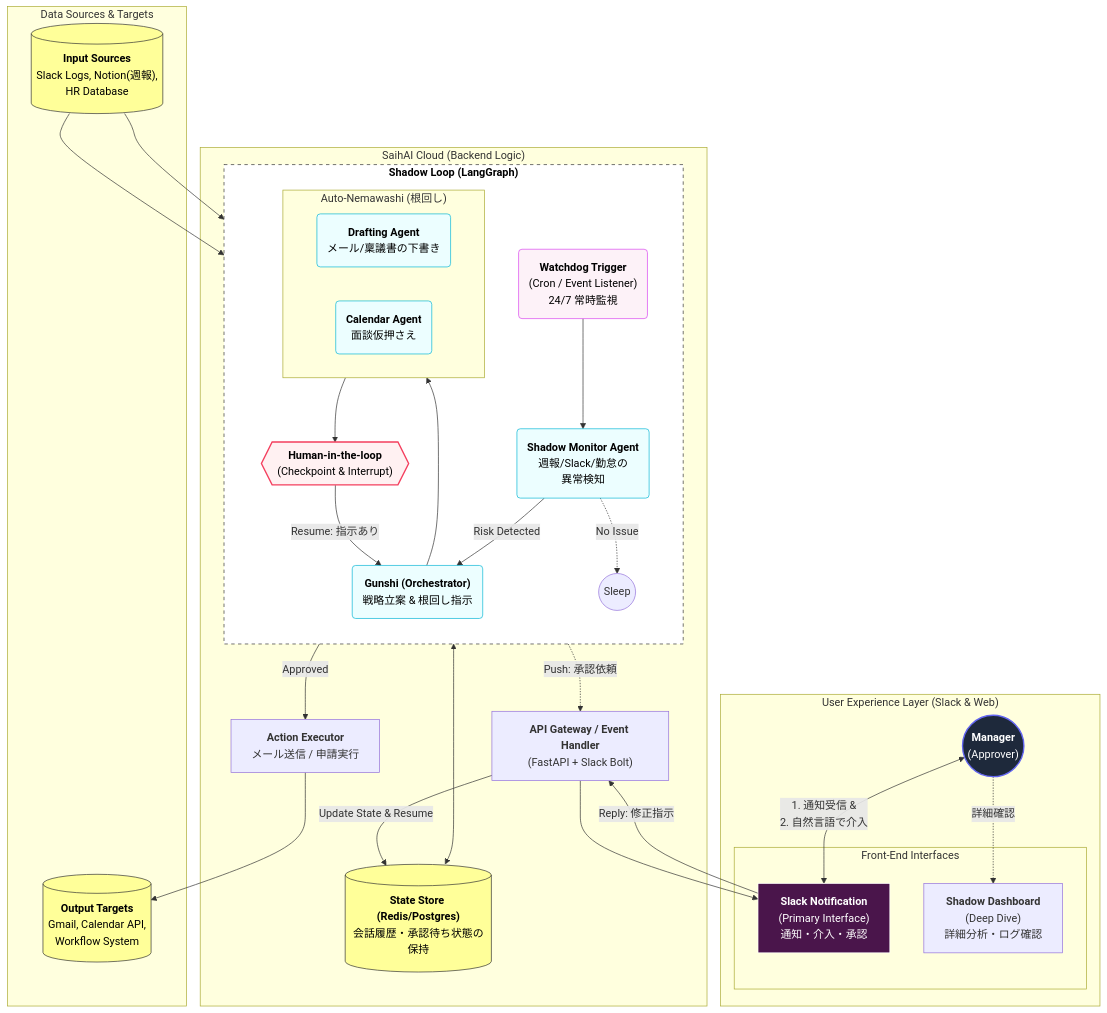
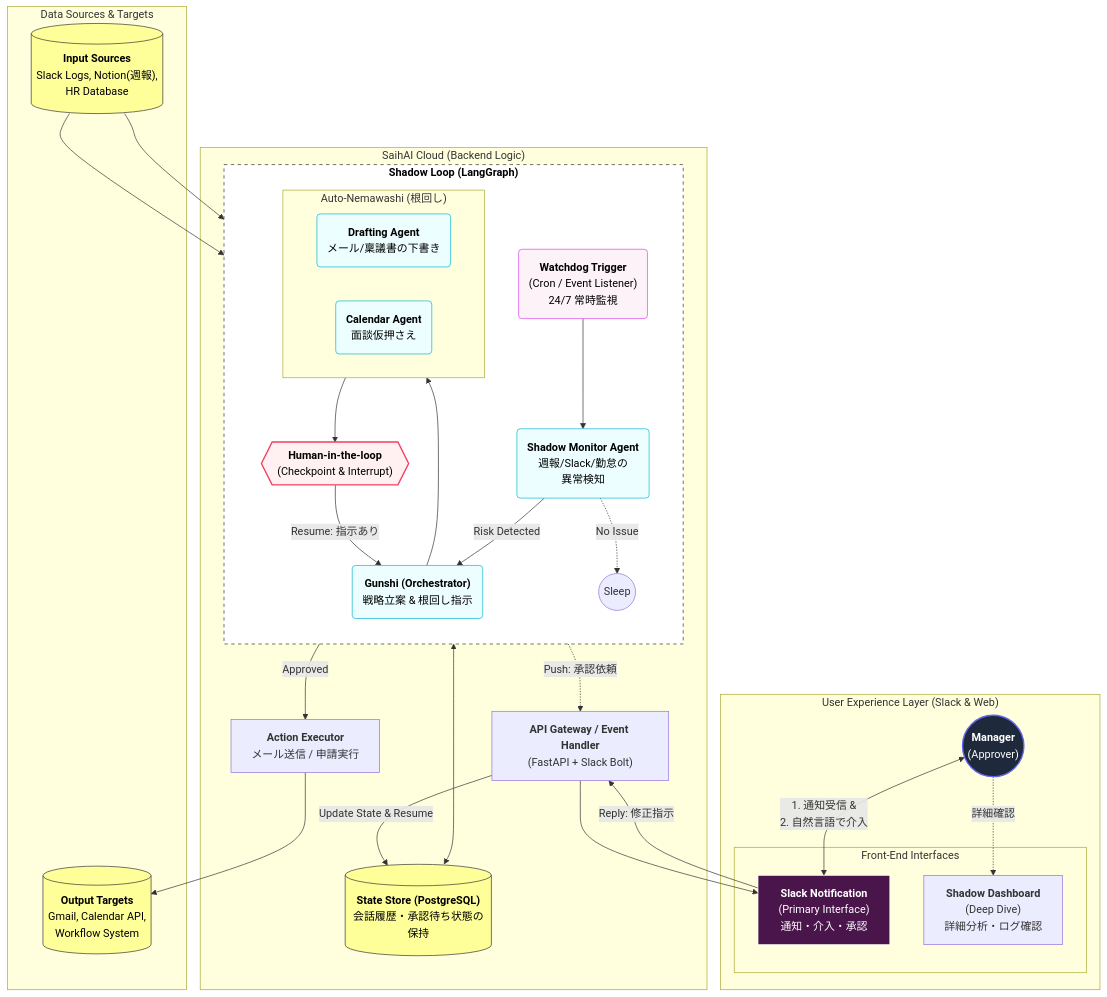
Before and after one commit to ist-h-i/SaihAI: the diagram in requirement/project-plan.md, drawn with Mermaid. The commit also changed 7 other files, not shown here.

```diff
--- a/requirement/project-plan.md
+++ b/requirement/project-plan.md
@@ -112,7 +112,7 @@
         Executor["<b>Action Executor</b><br/>メール送信 / 申請実行"]
         
         %% Data Persistence
-        StateDB[("<b>State Store (Redis/Postgres)</b><br/>会話履歴・承認待ち状態の保持")]
+        StateDB[("<b>State Store (PostgreSQL)</b><br/>会話履歴・承認待ち状態の保持")]
 
     end
 
```
